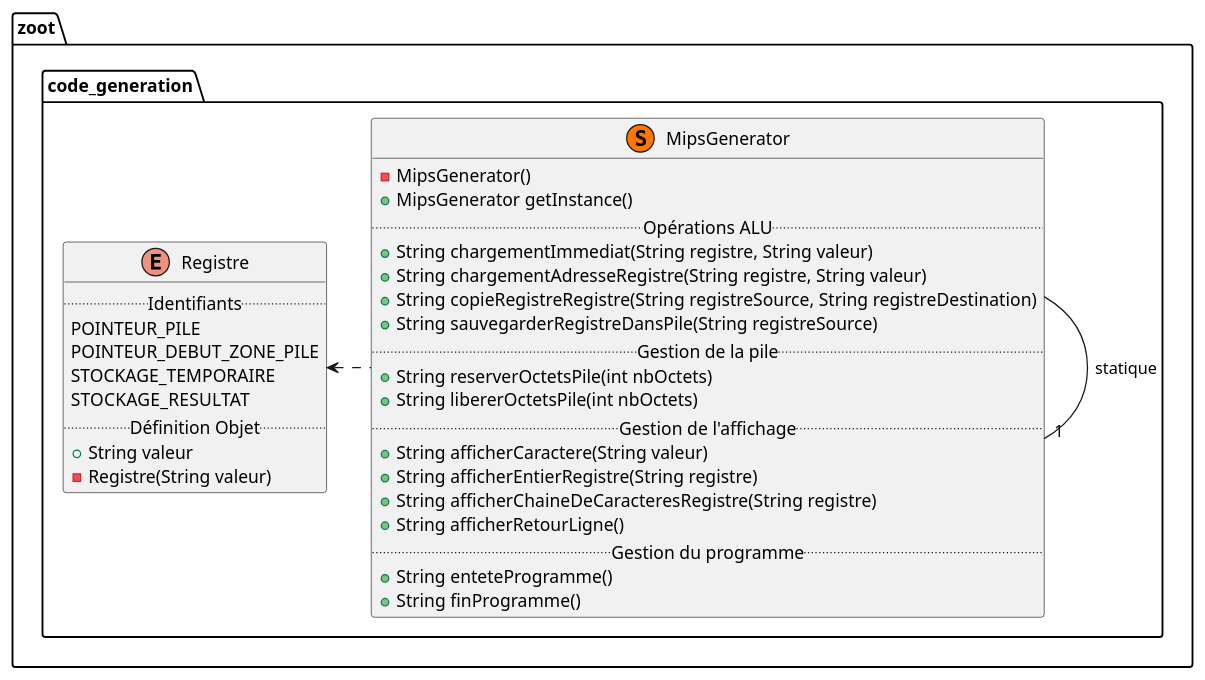
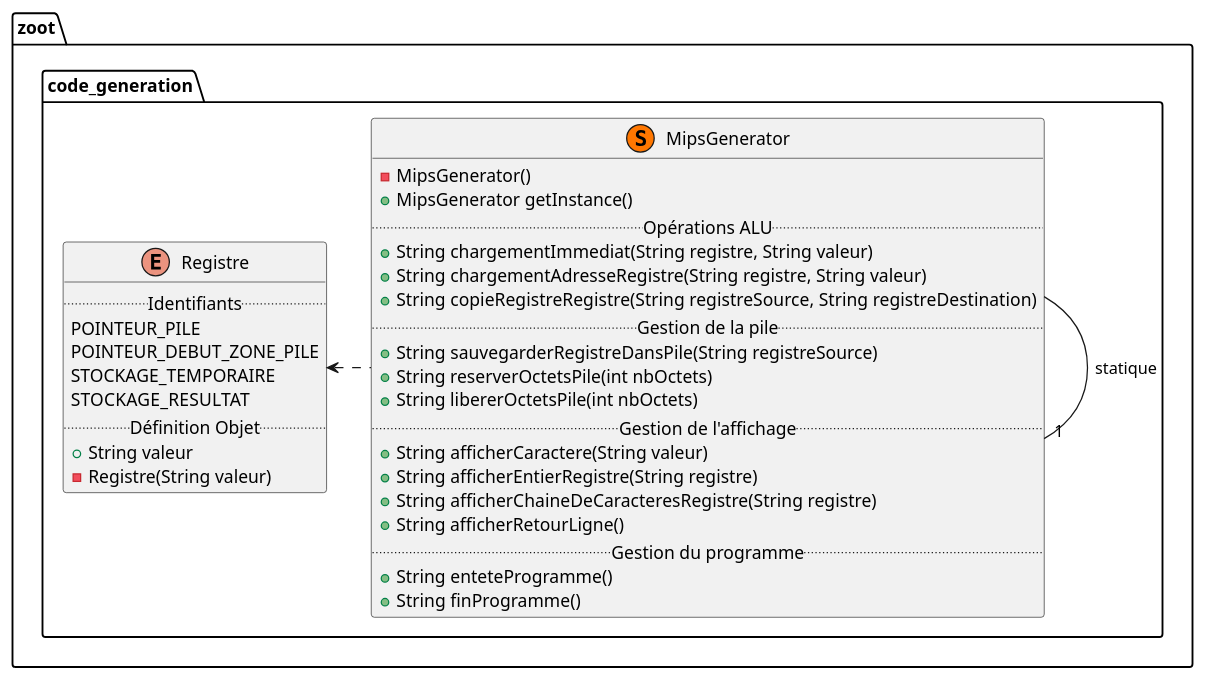
One commit to lmtb06/zoot changed the diagram in diagrammes/classe/code_generation.puml. Above: the diagram before and after it, drawn with PlantUML. The commit also changed other lines of this file and 7 other files, not shown here.

Commit message:
Mise à jour des différents diagrammes: + Diagramme d'activité + Diagrammes de classes :   + Ajout de quelques classes   + Corrections mineures

```diff
--- a/diagrammes/classe/code_generation.puml
+++ b/diagrammes/classe/code_generation.puml
@@ -1,43 +1,43 @@
 @startuml "Package code_generation"
 
 namespace zoot.code_generation {
     ' Includes
     ' Classes
     enum Registre{
         .. Identifiants ..
         POINTEUR_PILE
         POINTEUR_DEBUT_ZONE_PILE
         STOCKAGE_TEMPORAIRE
         STOCKAGE_RESULTAT
         .. Définition Objet ..
         + String valeur
         - Registre(String valeur)
     }
 
     class MipsGenerator << (S,#FF7700) >> {
         - MipsGenerator()
         + MipsGenerator getInstance()
         .. Opérations ALU ..
         + String chargementImmediat(String registre, String valeur)
         + String chargementAdresseRegistre(String registre, String valeur)
         + String copieRegistreRegistre(String registreSource, String registreDestination)
+        .. Gestion de la pile ..
         + String sauvegarderRegistreDansPile(String registreSource)
-        .. Gestion de la pile ..
         + String reserverOctetsPile(int nbOctets)
         + String libererOctetsPile(int nbOctets)
         .. Gestion de l'affichage ..
         + String afficherCaractere(String valeur)
         + String afficherEntierRegistre(String registre)
         + String afficherChaineDeCaracteresRegistre(String registre)
         + String afficherRetourLigne()
         .. Gestion du programme ..
         + String enteteProgramme()
         + String finProgramme()
     }
 
     ' Relations entre les classes
     MipsGenerator -right-"1" MipsGenerator : statique
     MipsGenerator .left.> Registre
 
 }
 @enduml
```
